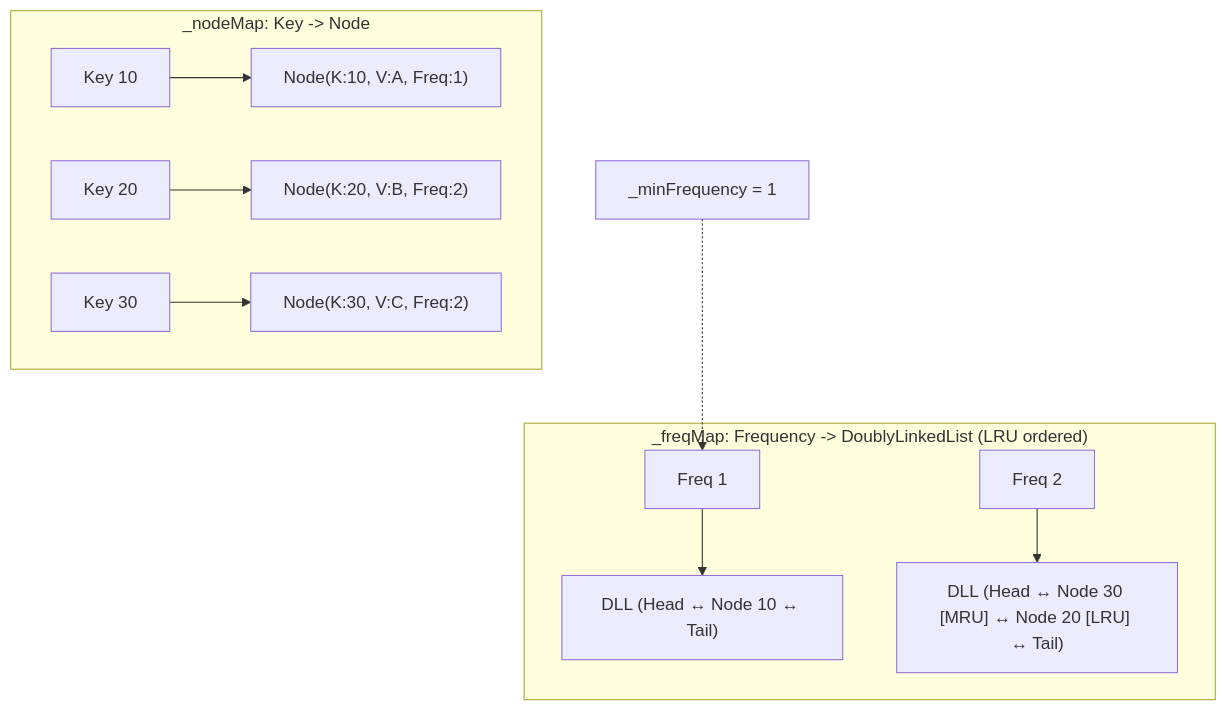
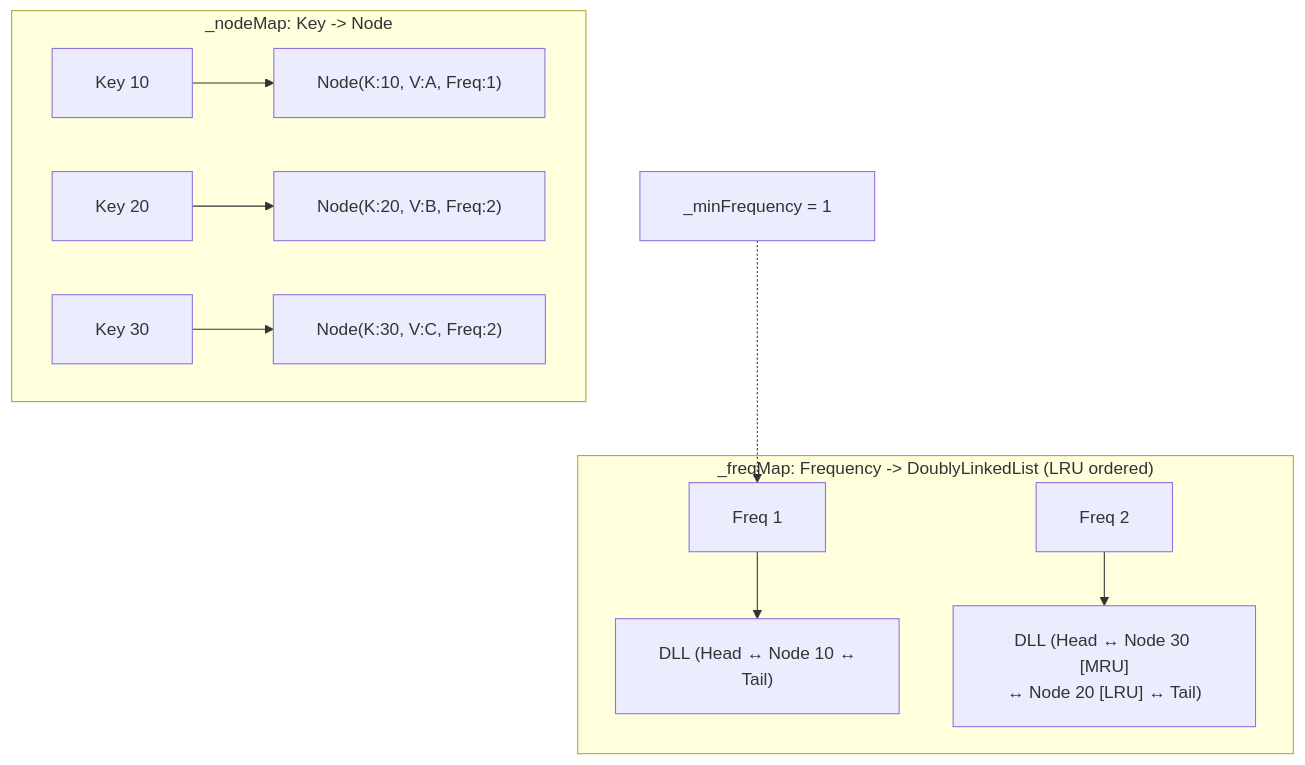
Before and after one commit to dip4k/DSA_102: the second of 2 diagrams in LLD/03_Tier3_DSA_Screening/26_LRU_and_LFU_Cache.md, drawn with Mermaid. The commit also changed other lines of this file and 108 other files, not shown here.

First line of the commit message:
fix(mermaid): resolve diagram clipping, padding, and syntax issues across repo

````diff
--- a/LLD/03_Tier3_DSA_Screening/26_LRU_and_LFU_Cache.md
+++ b/LLD/03_Tier3_DSA_Screening/26_LRU_and_LFU_Cache.md
@@ -205,15 +206,16 @@
 ```mermaid
+%%{init: {"flowchart": {"htmlLabels": true, "padding": 20}}}%%
 flowchart TD
     subgraph Lookups ["_nodeMap: Key -> Node"]
         K1["Key 10"] --> N1["Node(K:10, V:A, Freq:1)"]
         K2["Key 20"] --> N2["Node(K:20, V:B, Freq:2)"]
         K3["Key 30"] --> N3["Node(K:30, V:C, Freq:2)"]
     end
 
     subgraph FreqBuckets ["_freqMap: Frequency -> DoublyLinkedList (LRU ordered)"]
-        F1["Freq 1"] --> L1["DLL (Head ↔ Node 10 ↔ Tail)"]
-        F2["Freq 2"] --> L2["DLL (Head ↔ Node 30 [MRU] ↔ Node 20 [LRU] ↔ Tail)"]
+        F1["Freq 1"] --> L1["DLL (Head ↔ Node 10 ↔<br/>Tail)"]
+        F2["Freq 2"] --> L2["DLL (Head ↔ Node 30 [MRU]<br/>↔ Node 20 [LRU] ↔ Tail)"]
     end
 
     MF["_minFrequency = 1"] -.-> F1
 ```
````
